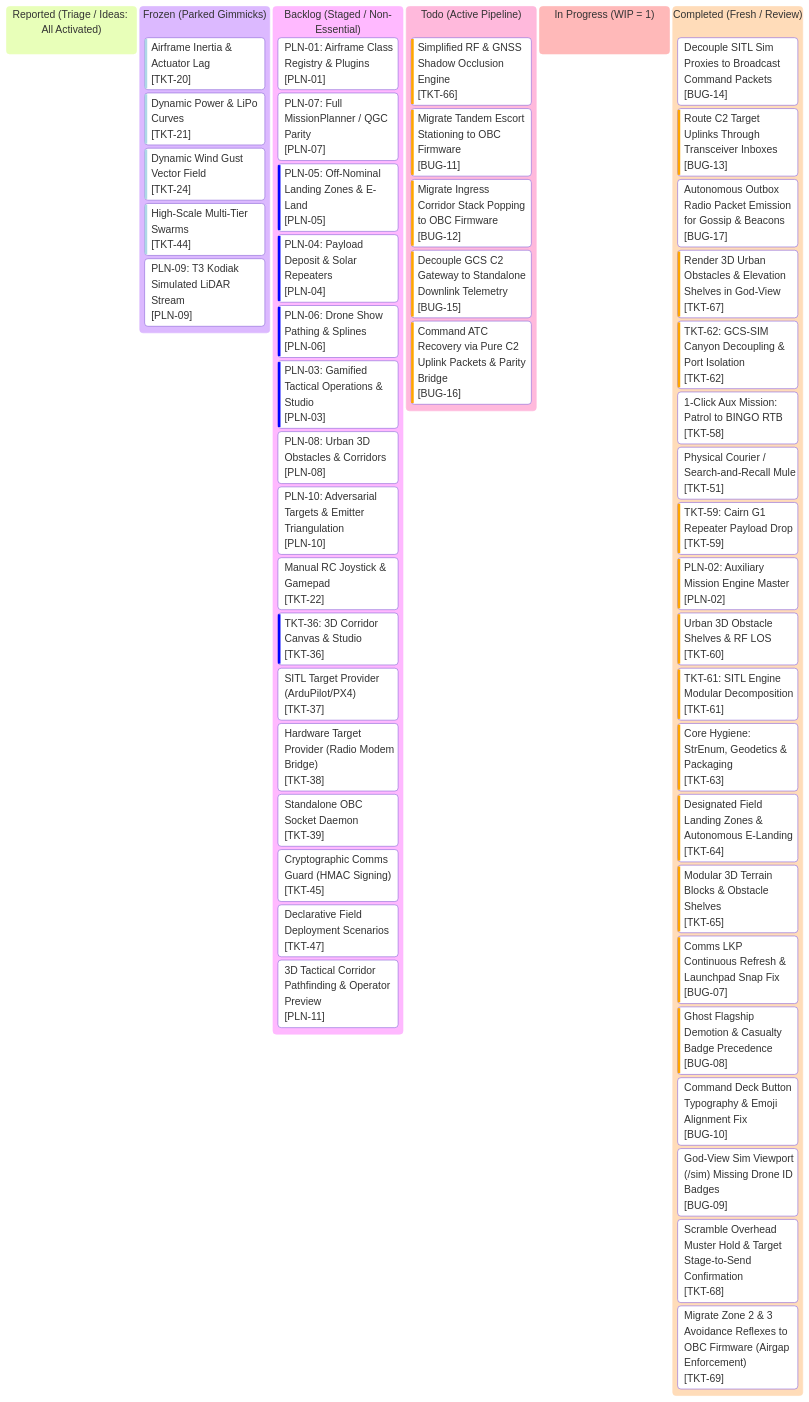
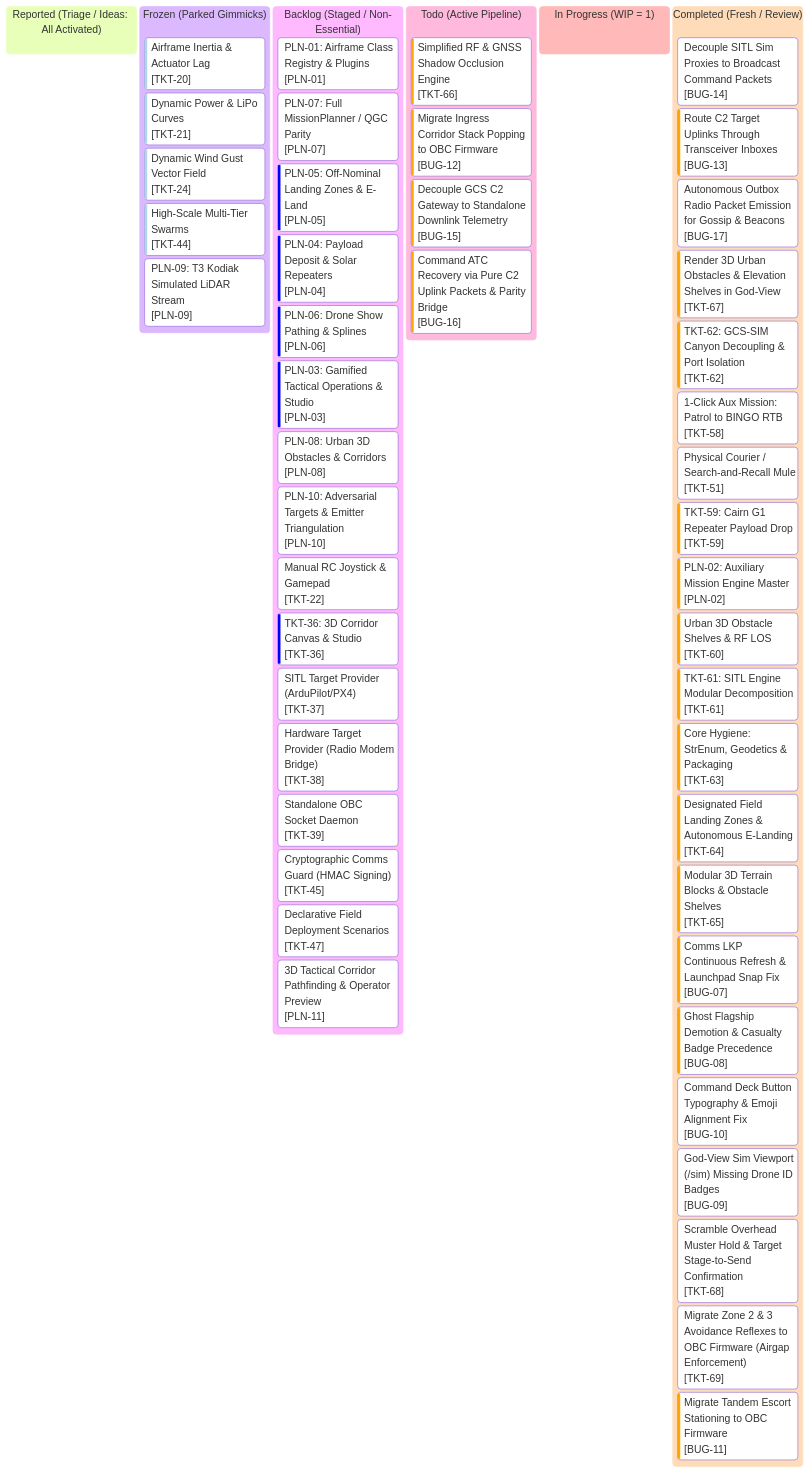
Before and after one commit to AlitheiaDeus/AlitheiaHive: the diagram in roadmap/kanban.md, drawn with Mermaid. The commit also changed other lines of this file and 5 other files, not shown here.

Commit message:
fix(obc): migrate tandem escort stationing to obc firmware (BUG-11 / Red 2)

````diff
--- a/roadmap/kanban.md
+++ b/roadmap/kanban.md
@@ -10,75 +10,75 @@
 ```mermaid
 %%{init: {
   'theme': 'base',
   'themeVariables': {
     'primaryColor': '#0d2235',
     'primaryTextColor': '#d4f4ff',
     'primaryBorderColor': '#00f0ff',
     'lineColor': '#00f0ff',
     'background': '#061019',
     'mainBkg': '#0a1926',
     'secondaryColor': '#081420',
     'secondaryTextColor': '#5a7e96',
     'secondaryBorderColor': '#134e6f',
     'tertiaryColor': '#0e263d',
     'tertiaryTextColor': '#00ffaa',
     'tertiaryBorderColor': '#00ffaa',
     'clusterBkg': '#081420',
     'clusterBorder': '#134e6f',
     'fontFamily': "'JetBrains Mono', 'Courier New', monospace"
   }
 }}%%
 kanban
   reported["Reported (Triage / Ideas: All Activated)"]
   frozen["Frozen (Parked Gimmicks)"]
     tkt20["Airframe Inertia & Actuator Lag"]@{ ticket: '[TKT-20]', priority: 'Very Low' }
     tkt21["Dynamic Power & LiPo Curves"]@{ ticket: '[TKT-21]', priority: 'Very Low' }
     tkt24["Dynamic Wind Gust Vector Field"]@{ ticket: '[TKT-24]', priority: 'Very Low' }
     tkt44["High-Scale Multi-Tier Swarms"]@{ ticket: '[TKT-44]', priority: 'Very Low' }
     pln09["PLN-09: T3 Kodiak Simulated LiDAR Stream"]@{ ticket: '[PLN-09]', priority: 'Medium' }
   backlog["Backlog (Staged / Non-Essential)"]
     pln01["PLN-01: Airframe Class Registry & Plugins"]@{ ticket: '[PLN-01]', priority: 'Medium' }
     pln07["PLN-07: Full MissionPlanner / QGC Parity"]@{ ticket: '[PLN-07]', priority: 'Medium' }
     pln05["PLN-05: Off-Nominal Landing Zones & E-Land"]@{ ticket: '[PLN-05]', priority: 'Low' }
     pln04["PLN-04: Payload Deposit & Solar Repeaters"]@{ ticket: '[PLN-04]', priority: 'Low' }
     pln06["PLN-06: Drone Show Pathing & Splines"]@{ ticket: '[PLN-06]', priority: 'Low' }
     pln03["PLN-03: Gamified Tactical Operations & Studio"]@{ ticket: '[PLN-03]', priority: 'Low' }
     pln08["PLN-08: Urban 3D Obstacles & Corridors"]@{ ticket: '[PLN-08]', priority: 'Medium' }
     pln10["PLN-10: Adversarial Targets & Emitter Triangulation"]@{ ticket: '[PLN-10]', priority: 'Medium' }
     tkt22["Manual RC Joystick & Gamepad"]@{ ticket: '[TKT-22]', priority: 'Medium' }
     tkt36["TKT-36: 3D Corridor Canvas & Studio"]@{ ticket: '[TKT-36]', priority: 'Low' }
     tkt37["SITL Target Provider (ArduPilot/PX4)"]@{ ticket: '[TKT-37]', priority: 'Medium' }
     tkt38["Hardware Target Provider (Radio Modem Bridge)"]@{ ticket: '[TKT-38]', priority: 'Medium' }
     tkt39["Standalone OBC Socket Daemon"]@{ ticket: '[TKT-39]', priority: 'Medium' }
     tkt45["Cryptographic Comms Guard (HMAC Signing)"]@{ ticket: '[TKT-45]', priority: 'Medium' }
     tkt47["Declarative Field Deployment Scenarios"]@{ ticket: '[TKT-47]', priority: 'Medium' }
     pln11["3D Tactical Corridor Pathfinding & Operator Preview"]@{ ticket: '[PLN-11]', priority: 'Medium' }
   todo["Todo (Active Pipeline)"]
     tkt66["Simplified RF & GNSS Shadow Occlusion Engine"]@{ ticket: '[TKT-66]', priority: 'High' }
-    bug11["Migrate Tandem Escort Stationing to OBC Firmware"]@{ ticket: '[BUG-11]', priority: 'High' }
     bug12["Migrate Ingress Corridor Stack Popping to OBC Firmware"]@{ ticket: '[BUG-12]', priority: 'High' }
     bug15["Decouple GCS C2 Gateway to Standalone Downlink Telemetry"]@{ ticket: '[BUG-15]', priority: 'High' }
     bug16["Command ATC Recovery via Pure C2 Uplink Packets & Parity Bridge"]@{ ticket: '[BUG-16]', priority: 'High' }
   in_progress["In Progress (WIP = 1)"]
   completed["Completed (Fresh / Review)"]
     bug14["Decouple SITL Sim Proxies to Broadcast Command Packets"]@{ ticket: '[BUG-14]', priority: 'Normal' }
     bug13["Route C2 Target Uplinks Through Transceiver Inboxes"]@{ ticket: '[BUG-13]', priority: 'High' }
     bug17["Autonomous Outbox Radio Packet Emission for Gossip & Beacons"]@{ ticket: '[BUG-17]', priority: 'Normal' }
     tkt67["Render 3D Urban Obstacles & Elevation Shelves in God-View"]@{ ticket: '[TKT-67]', priority: 'High' }
     tkt62["TKT-62: GCS-SIM Canyon Decoupling & Port Isolation"]@{ ticket: '[TKT-62]', priority: 'High' }
     tkt58["1-Click Aux Mission: Patrol to BINGO RTB"]@{ ticket: '[TKT-58]', priority: 'Medium' }
     tkt51["Physical Courier / Search-and-Recall Mule"]@{ ticket: '[TKT-51]', priority: 'Medium' }
     tkt59["TKT-59: Cairn G1 Repeater Payload Drop"]@{ ticket: '[TKT-59]', priority: 'High' }
     pln02["PLN-02: Auxiliary Mission Engine Master"]@{ ticket: '[PLN-02]', priority: 'High' }
     tkt60["Urban 3D Obstacle Shelves & RF LOS"]@{ ticket: '[TKT-60]', priority: 'High' }
     tkt61["TKT-61: SITL Engine Modular Decomposition"]@{ ticket: '[TKT-61]', priority: 'High' }
     tkt63["Core Hygiene: StrEnum, Geodetics & Packaging"]@{ ticket: '[TKT-63]', priority: 'High' }
     tkt64["Designated Field Landing Zones & Autonomous E-Landing"]@{ ticket: '[TKT-64]', priority: 'High' }
     tkt65["Modular 3D Terrain Blocks & Obstacle Shelves"]@{ ticket: '[TKT-65]', priority: 'High' }
     bug07["Comms LKP Continuous Refresh & Launchpad Snap Fix"]@{ ticket: '[BUG-07]', priority: 'High' }
     bug08["Ghost Flagship Demotion & Casualty Badge Precedence"]@{ ticket: '[BUG-08]', priority: 'High' }
     bug10["Command Deck Button Typography & Emoji Alignment Fix"]@{ ticket: '[BUG-10]', priority: 'Normal' }
     bug09["God-View Sim Viewport (/sim) Missing Drone ID Badges"]@{ ticket: '[BUG-09]', priority: 'Normal' }
     tkt68["Scramble Overhead Muster Hold & Target Stage-to-Send Confirmation"]@{ ticket: '[TKT-68]', priority: 'Normal' }
     tkt69["Migrate Zone 2 & 3 Avoidance Reflexes to OBC Firmware (Airgap Enforcement)"]@{ ticket: '[TKT-69]', priority: 'Normal' }
+    bug11["Migrate Tandem Escort Stationing to OBC Firmware"]@{ ticket: '[BUG-11]', priority: 'High' }
 ```
````
